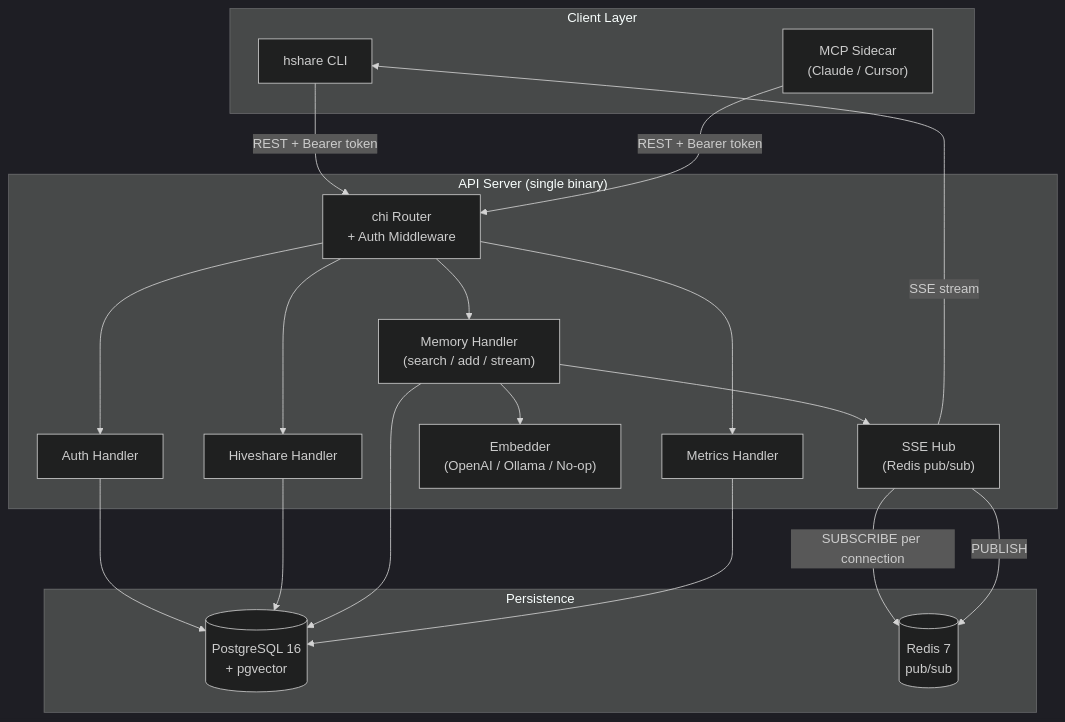
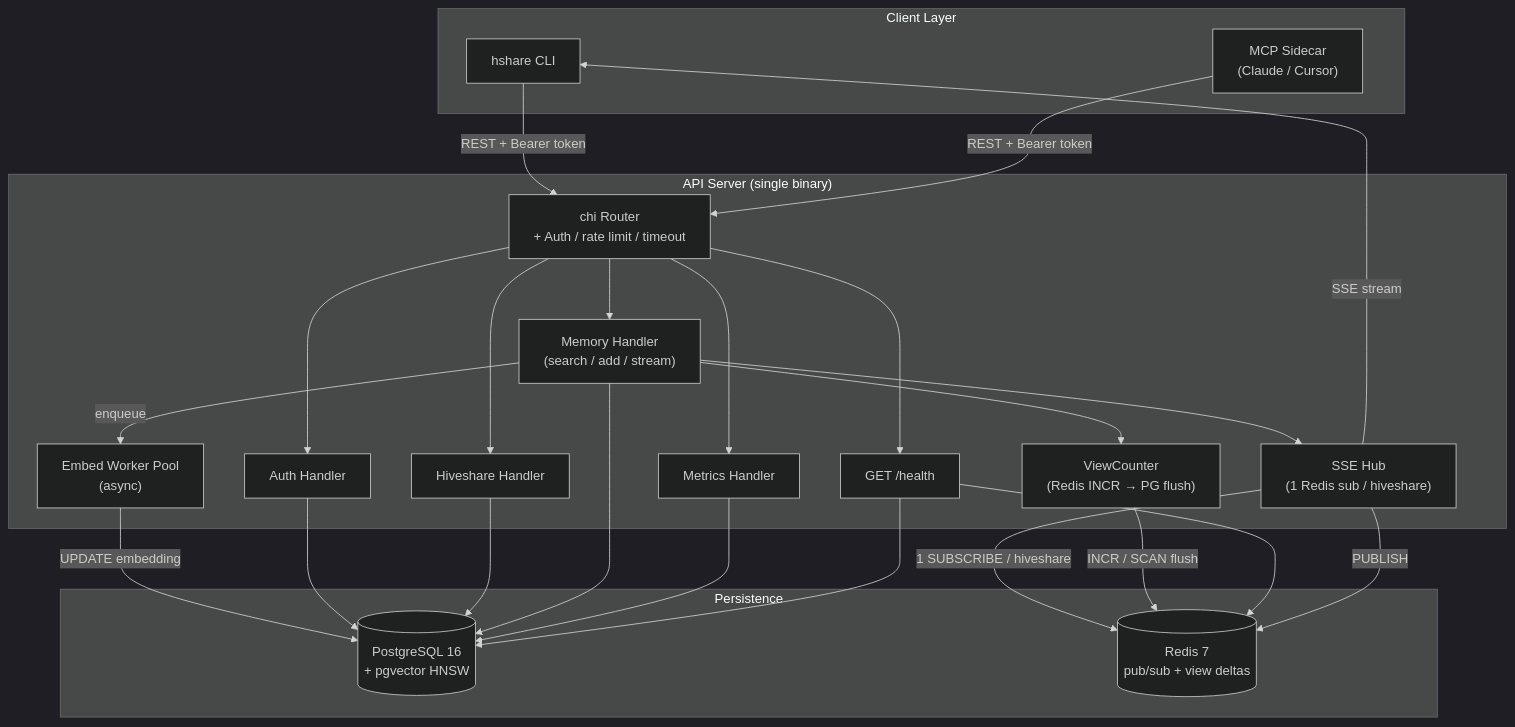
The first of 8 diagrams in docs/ARCHITECTURE.md (KB-perByte/hiveshare), drawn with Mermaid (dark theme) before and after one commit. The commit also changed other lines of this file and 3 other files, not shown here.

````diff
--- a/docs/ARCHITECTURE.md
+++ b/docs/ARCHITECTURE.md
@@ -9,38 +9,46 @@
 ```mermaid
 graph TB
     subgraph Clients["Client Layer"]
         CLI["hshare CLI"]
         MCP["MCP Sidecar\n(Claude / Cursor)"]
     end
 
     subgraph Server["API Server (single binary)"]
-        Router["chi Router\n+ Auth Middleware"]
+        Router["chi Router\n+ Auth / rate limit / timeout"]
         AuthH["Auth Handler"]
         HSH["Hiveshare Handler"]
         MemH["Memory Handler\n(search / add / stream)"]
         MetH["Metrics Handler"]
-        Embed["Embedder\n(OpenAI / Ollama / No-op)"]
-        Hub["SSE Hub\n(Redis pub/sub)"]
+        Health["GET /health"]
+        EmbedW["Embed Worker Pool\n(async)"]
+        Hub["SSE Hub\n(1 Redis sub / hiveshare)"]
+        Views["ViewCounter\n(Redis INCR → PG flush)"]
     end
 
     subgraph Storage["Persistence"]
-        PG[("PostgreSQL 16\n+ pgvector")]
-        Redis[("Redis 7\npub/sub")]
+        PG[("PostgreSQL 16\n+ pgvector HNSW")]
+        Redis[("Redis 7\npub/sub + view deltas")]
     end
 
     CLI -->|REST + Bearer token| Router
     MCP -->|REST + Bearer token| Router
     Router --> AuthH
     Router --> HSH
     Router --> MemH
     Router --> MetH
-    MemH --> Embed
+    Router --> Health
+    MemH -->|enqueue| EmbedW
+    EmbedW -->|UPDATE embedding| PG
     MemH --> Hub
-    Hub -->|SUBSCRIBE per connection| Redis
+    MemH --> Views
+    Hub -->|1 SUBSCRIBE / hiveshare| Redis
     Hub -->|SSE stream| CLI
+    Views -->|INCR / SCAN flush| Redis
     AuthH --> PG
     HSH --> PG
     MemH --> PG
     MetH --> PG
+    Health --> PG
+    Health --> Redis
     Hub -->|PUBLISH| Redis
 ```
````
